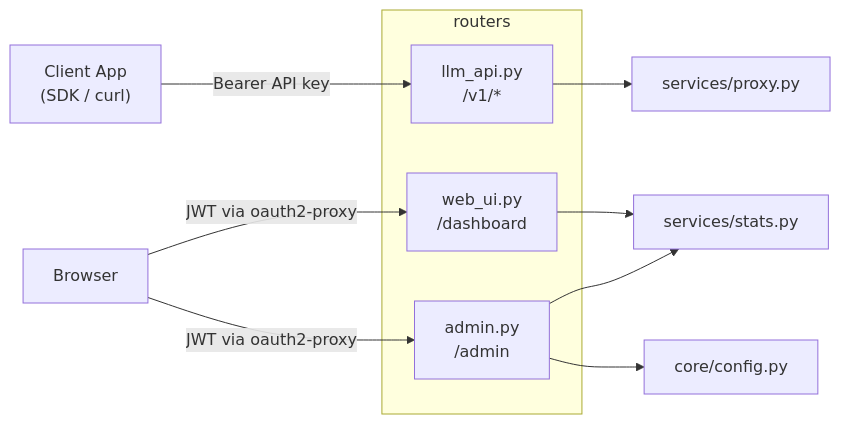
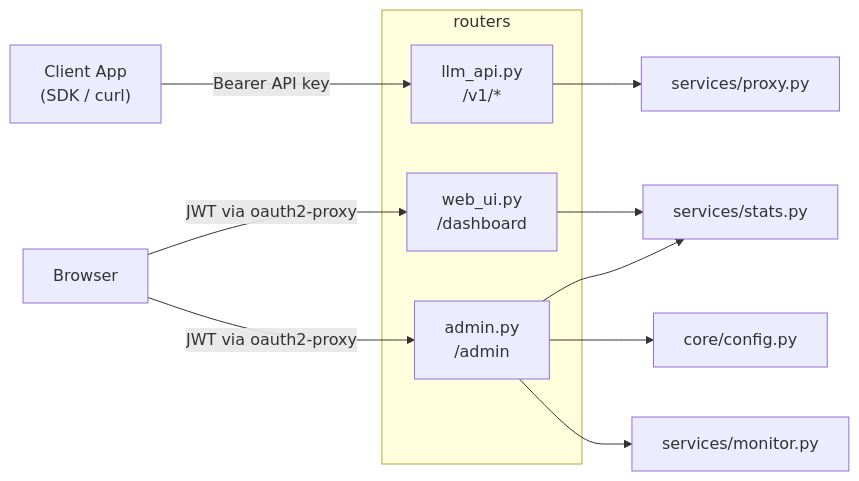
The first of 2 diagrams in app/routers/README.md (bwinken/llm-gateway), drawn with Mermaid before and after one commit. The commit also changed other lines of this file and 7 other files, not shown here.

````diff
--- a/app/routers/README.md
+++ b/app/routers/README.md
@@ -9,17 +9,18 @@
 ```mermaid
 graph LR
     Client["Client App<br/>(SDK / curl)"] -->|Bearer API key| llm_api
     Browser["Browser"] -->|JWT via oauth2-proxy| web_ui
     Browser -->|JWT via oauth2-proxy| admin
 
     subgraph routers
         llm_api["llm_api.py<br/>/v1/*"]
         web_ui["web_ui.py<br/>/dashboard"]
         admin["admin.py<br/>/admin"]
     end
 
     llm_api --> proxy["services/proxy.py"]
     web_ui --> stats["services/stats.py"]
     admin --> stats
     admin --> config["core/config.py"]
+    admin --> monitor["services/monitor.py"]
 ```
````
